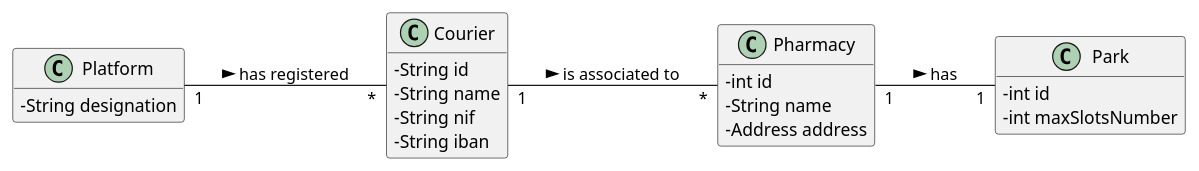
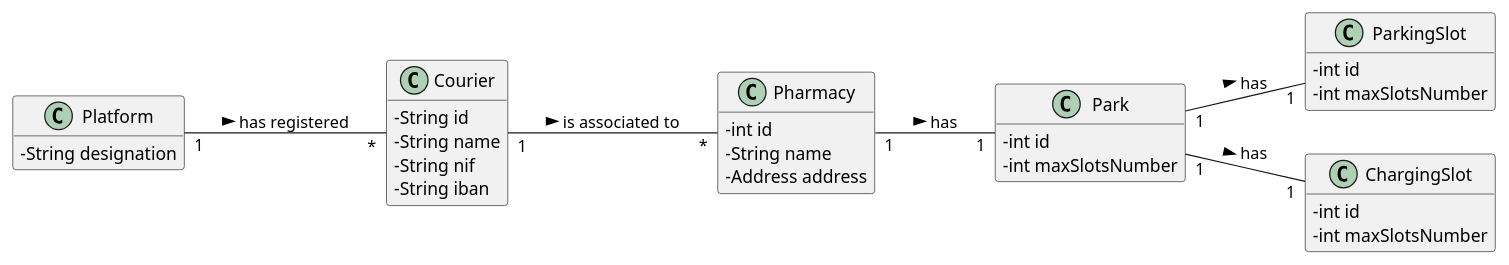
Before and after one commit to tiagoavcosta25/LAPR3: the diagram in docs/Iteration 1/Delivery Management/US77_AvailableChargingSlot/US77_DM.puml, drawn with PlantUML. The commit also changed 1 other file, not shown here.

```diff
--- a/docs/Iteration 1/Delivery Management/US77_AvailableChargingSlot/US77_DM.puml
+++ b/docs/Iteration 1/Delivery Management/US77_AvailableChargingSlot/US77_DM.puml
@@ -1,31 +1,43 @@
 @startuml
 skinparam classAttributeIconSize 0
 hide methods
 left to right direction
 
 class Platform {
 -   String designation
 }
 
 class Pharmacy{
 -int id
 -String name
 -Address address
 }
 
 class Park{
 -int id
 -int maxSlotsNumber
 }
 
+class ParkingSlot{
+-int id
+-int maxSlotsNumber
+}
+
+class ChargingSlot{
+-int id
+-int maxSlotsNumber
+}
+
 class Courier {
       -String id
       -String name
       -String nif
       -String iban
 }
 
 Platform "1" -- "*" Courier : has registered >
 Courier "1" -- "*" Pharmacy : is associated to >
 Pharmacy "1" -- "1" Park : has >
+Park "1" -- "1" ParkingSlot : has >
+Park "1" -- "1" ChargingSlot : has >
 @enduml
```
